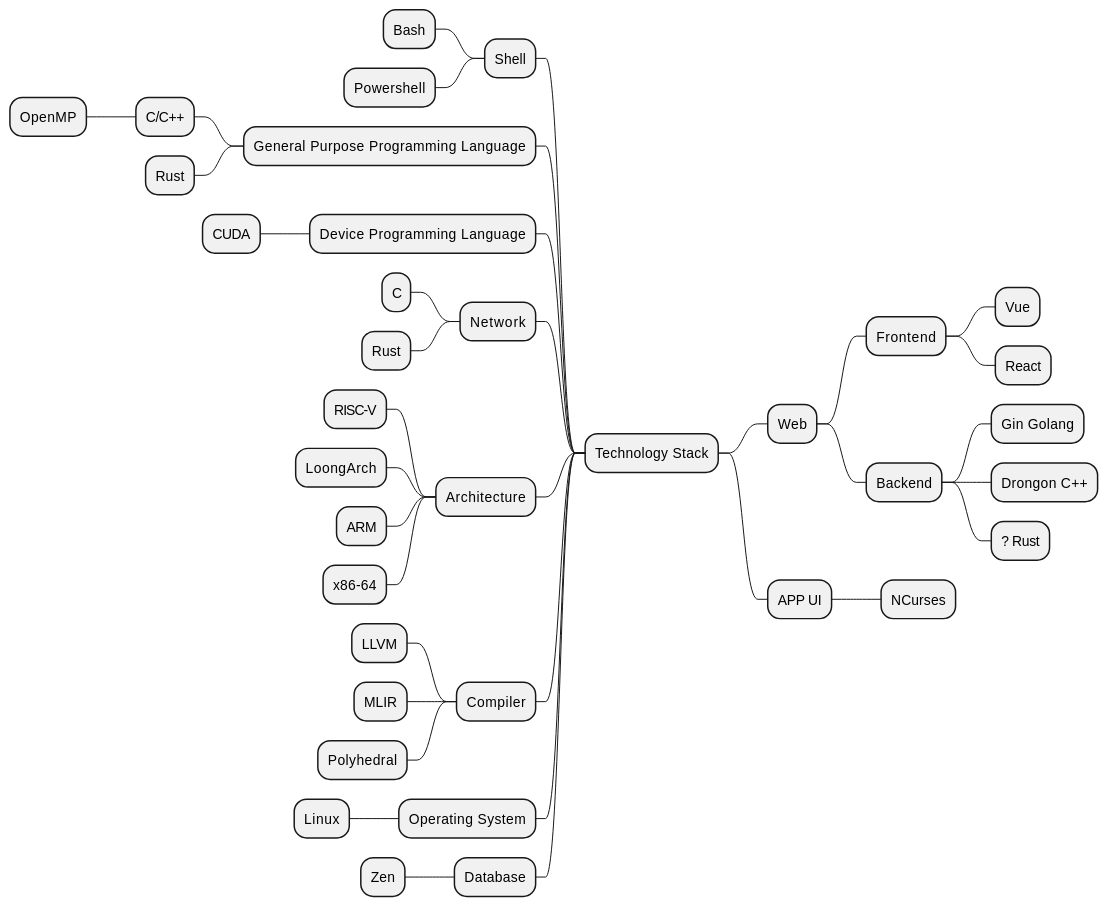
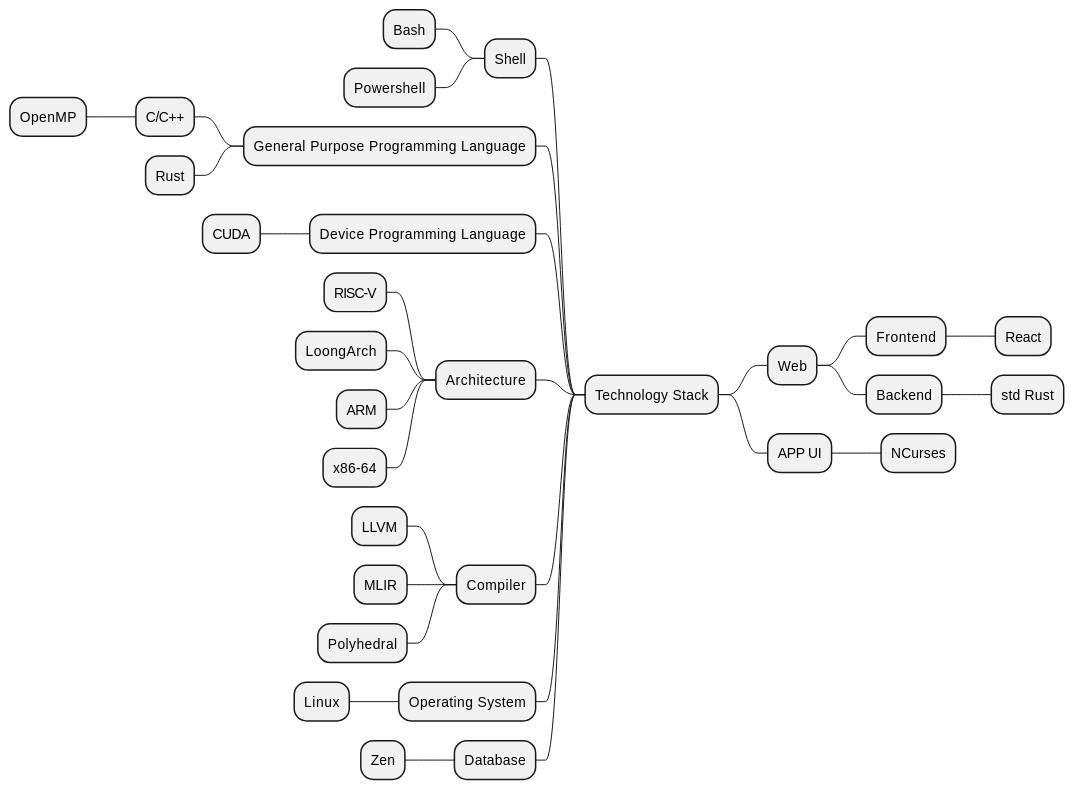
Before and after one commit to bLueriVerLHR/Articles: the first of 2 diagrams in documents/Unclassified/TechnologyStack.md, drawn with PlantUML. The commit also changed 29 other files, not shown here.

````diff
--- a/documents/Unclassified/TechnologyStack.md
+++ b/documents/Unclassified/TechnologyStack.md
@@ -5,40 +5,34 @@
 ``` plantuml
 @startmindmap
 + Technology Stack
 ++ Web
 +++ Frontend
-++++ Vue
 ++++ React
 +++ Backend
-++++ Gin Golang
-++++ Drongon C++
-++++ ? Rust
+++++ std Rust
 ++ APP UI
 +++ NCurses
 -- Shell
 --- Bash
 --- Powershell
 -- General Purpose Programming Language
 --- C/C++
 ---- OpenMP
 --- Rust
 -- Device Programming Language
 --- CUDA
--- Network
---- C
---- Rust
 -- Architecture
 --- RISC-V
 --- LoongArch
 --- ARM
 --- x86-64
 -- Compiler
 --- LLVM
 --- MLIR
 --- Polyhedral
 -- Operating System
 --- Linux
 -- Database
 --- Zen
 @endmindmap
 ```
````
